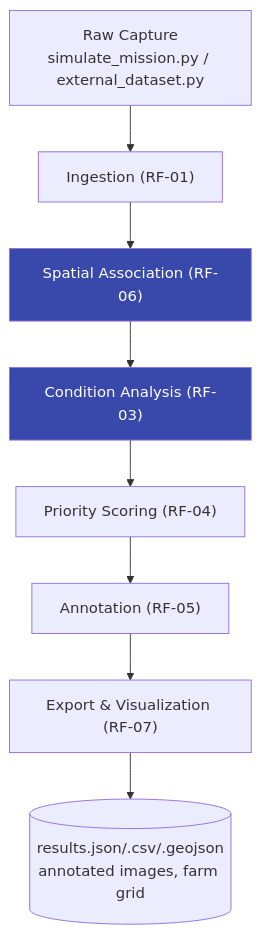
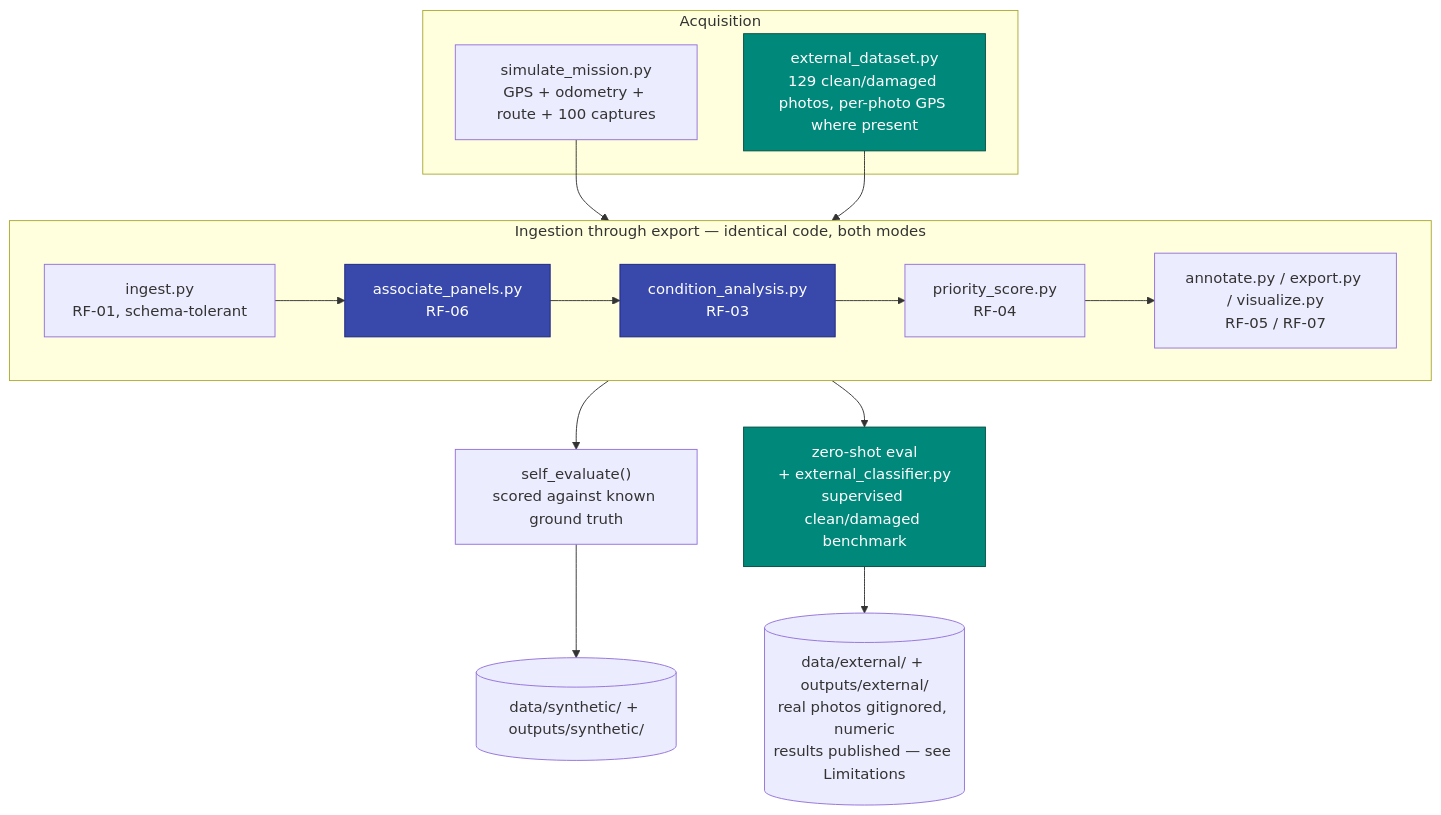
One commit to mohammedryn/Sunnybotics---solar-panel-condition-mapping changed the first of 3 diagrams in README.md. Above: the diagram before and after it, drawn with Mermaid. The commit also changed other lines of this file and 16 other files, not shown here.

First line of the commit message:
Fix HEIC decode gap and false GPS-metadata claim in external mode

````diff
--- a/README.md
+++ b/README.md
@@ -45,13 +59,26 @@
 ```mermaid
 flowchart TD
-    A["Raw Capture\nsimulate_mission.py / external_dataset.py"] --> B["Ingestion (RF-01)"]
-    B --> C["Spatial Association (RF-06)"]
-    C --> D["Condition Analysis (RF-03)"]
-    D --> E["Priority Scoring (RF-04)"]
-    E --> F["Annotation (RF-05)"]
-    F --> G["Export & Visualization (RF-07)"]
-    G --> H[("results.json/.csv/.geojson\nannotated images, farm grid")]
+    subgraph ACQ["Acquisition"]
+        A1["simulate_mission.py\nGPS + odometry + route + 100 captures"]
+        A2["external_dataset.py\n129 clean/damaged photos, per-photo GPS where present"]
+    end
 
-    style C fill:#3949ab,color:#fff
-    style D fill:#3949ab,color:#fff
+    A1 --> SHARED
+    A2 --> SHARED
+
+    subgraph SHARED["Ingestion through export — identical code, both modes"]
+        direction LR
+        B["ingest.py\nRF-01, schema-tolerant"] --> C["associate_panels.py\nRF-06"] --> D["condition_analysis.py\nRF-03"] --> E["priority_score.py\nRF-04"] --> F["annotate.py / export.py / visualize.py\nRF-05 / RF-07"]
+    end
+
+    F --> EV1["self_evaluate()\nscored against known ground truth"]
+    F --> EV2["zero-shot eval\n+ external_classifier.py\nsupervised clean/damaged benchmark"]
+
+    EV1 --> O1[("data/synthetic/ + outputs/synthetic/")]
+    EV2 --> O2[("data/external/ + outputs/external/\nreal photos gitignored, numeric\nresults published — see Limitations")]
+
+    classDef core fill:#3949ab,color:#fff,stroke:#1a237e
+    classDef diff fill:#00897b,color:#fff,stroke:#004d40
+    class C,D core
+    class A2,EV2 diff
 ```
````
